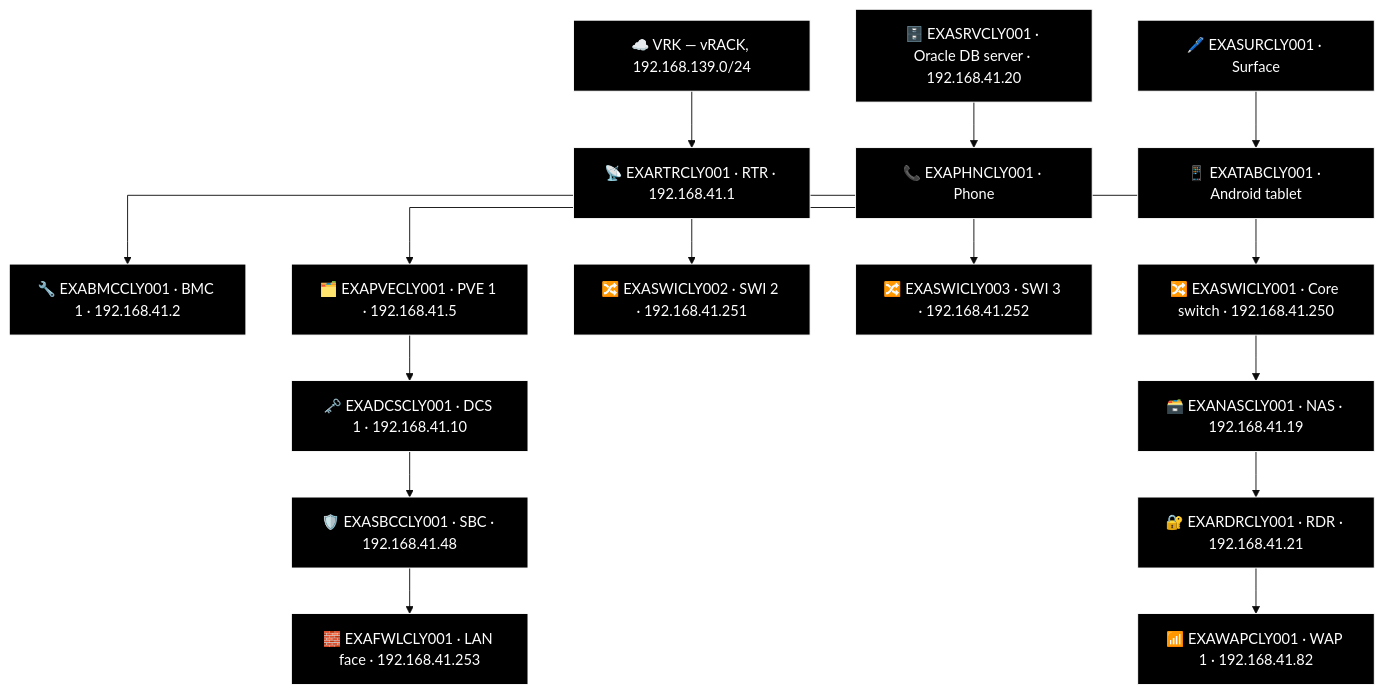
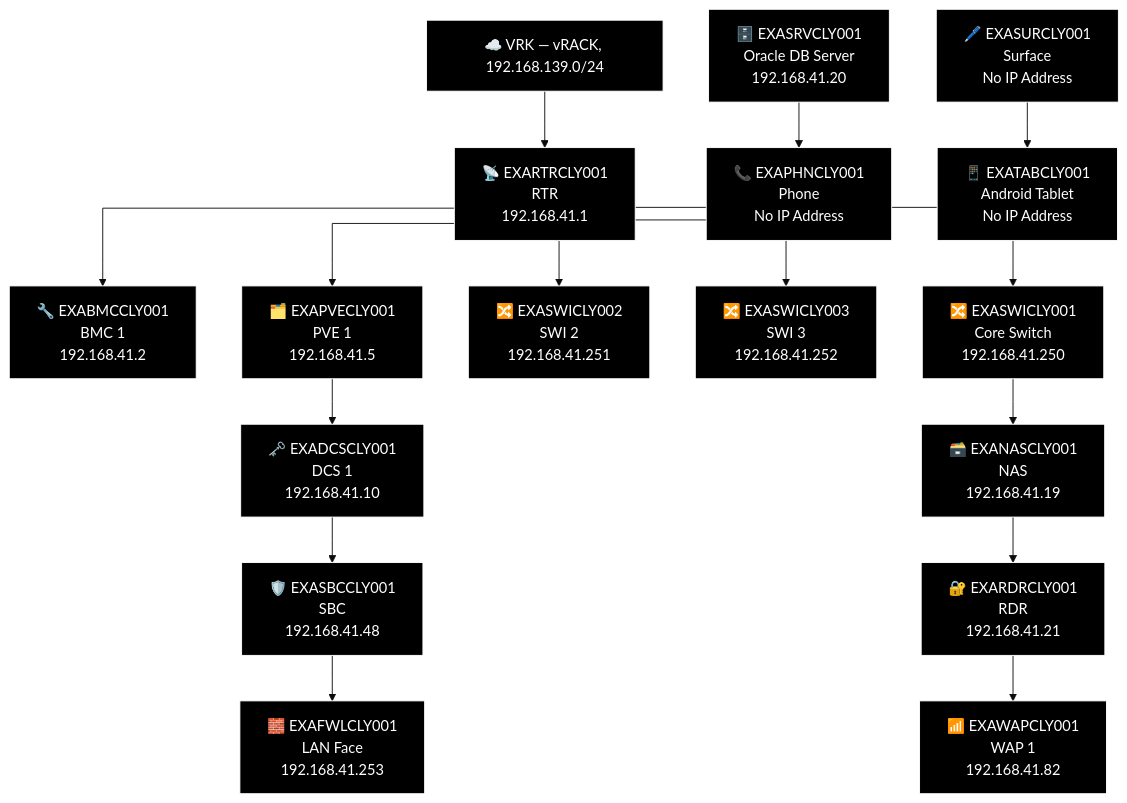
One commit to knightmare2600/example_music_infra changed the eighth of 14 diagrams in docs/network-diagram/scotland.md. Above: the diagram before and after it, drawn with Mermaid (base theme). The commit also changed other lines of this file and 18 other files, not shown here.

````diff
--- a/docs/network-diagram/scotland.md
+++ b/docs/network-diagram/scotland.md
@@ -418,50 +418,50 @@
 ```mermaid
 %% GENERATED:TOPOLOGY:CLY:START
 %%{init: {'flowchart': {'curve': 'stepAfter'}}}%%
 graph TD
     T_VRK["☁️ VRK — vRACK, 192.168.139.0/24"]
-    T_RTR["📡 EXARTRCLY001 · RTR · 192.168.41.1"]
+    T_RTR["📡 EXARTRCLY001<br/>RTR<br/>192.168.41.1"]
     T_VRK --> T_RTR
-    T_BMC["🔧 EXABMCCLY001 · BMC 1 · 192.168.41.2"]
+    T_BMC["🔧 EXABMCCLY001<br/>BMC 1<br/>192.168.41.2"]
     T_RTR --> T_BMC
-    T_PVE["🗂️ EXAPVECLY001 · PVE 1 · 192.168.41.5"]
+    T_PVE["🗂️ EXAPVECLY001<br/>PVE 1<br/>192.168.41.5"]
     T_RTR --> T_PVE
-    T_SWI["🔀 EXASWICLY002 · SWI 2 · 192.168.41.251"]
+    T_SWI["🔀 EXASWICLY002<br/>SWI 2<br/>192.168.41.251"]
     T_RTR --> T_SWI
-    T_SWI2["🔀 EXASWICLY003 · SWI 3 · 192.168.41.252"]
+    T_SWI2["🔀 EXASWICLY003<br/>SWI 3<br/>192.168.41.252"]
     T_RTR --> T_SWI2
-    T_SWI3["🔀 EXASWICLY001 · Core switch · 192.168.41.250"]
+    T_SWI3["🔀 EXASWICLY001<br/>Core Switch<br/>192.168.41.250"]
     T_RTR --> T_SWI3
-    T_NAS["🗃️ EXANASCLY001 · NAS · 192.168.41.19"]
-    T_RDR["🔐 EXARDRCLY001 · RDR · 192.168.41.21"]
-    T_WAP["📶 EXAWAPCLY001 · WAP 1 · 192.168.41.82"]
+    T_NAS["🗃️ EXANASCLY001<br/>NAS<br/>192.168.41.19"]
+    T_RDR["🔐 EXARDRCLY001<br/>RDR<br/>192.168.41.21"]
+    T_WAP["📶 EXAWAPCLY001<br/>WAP 1<br/>192.168.41.82"]
     T_SWI3 --> T_NAS --> T_RDR --> T_WAP
-    T_DCS["🗝️ EXADCSCLY001 · DCS 1 · 192.168.41.10"]
-    T_SBC["🛡️ EXASBCCLY001 · SBC · 192.168.41.48"]
-    T_FWL["🧱 EXAFWLCLY001 · LAN face · 192.168.41.253"]
+    T_DCS["🗝️ EXADCSCLY001<br/>DCS 1<br/>192.168.41.10"]
+    T_SBC["🛡️ EXASBCCLY001<br/>SBC<br/>192.168.41.48"]
+    T_FWL["🧱 EXAFWLCLY001<br/>LAN Face<br/>192.168.41.253"]
     T_PVE --> T_DCS --> T_SBC --> T_FWL
-    T_SRV["🗄️ EXASRVCLY001 · Oracle DB server · 192.168.41.20"]
-    T_SUR["🖊️ EXASURCLY001 · Surface"]
-    T_PHN["📞 EXAPHNCLY001 · Phone"]
-    T_TAB["📱 EXATABCLY001 · Android tablet"]
+    T_SRV["🗄️ EXASRVCLY001<br/>Oracle DB Server<br/>192.168.41.20"]
+    T_SUR["🖊️ EXASURCLY001<br/>Surface<br/>No IP Address"]
+    T_PHN["📞 EXAPHNCLY001<br/>Phone<br/>No IP Address"]
+    T_TAB["📱 EXATABCLY001<br/>Android Tablet<br/>No IP Address"]
     T_SRV --> T_PHN
     T_SUR --> T_TAB
     style T_VRK fill:#000000,stroke:#FFFFFF,color:#FFFFFF
     style T_RTR fill:#000000,stroke:#FFFFFF,color:#FFFFFF
     style T_BMC fill:#000000,stroke:#FFFFFF,color:#FFFFFF
     style T_PVE fill:#000000,stroke:#FFFFFF,color:#FFFFFF
     style T_SWI fill:#000000,stroke:#FFFFFF,color:#FFFFFF
     style T_SWI2 fill:#000000,stroke:#FFFFFF,color:#FFFFFF
     style T_SWI3 fill:#000000,stroke:#FFFFFF,color:#FFFFFF
     style T_NAS fill:#000000,stroke:#FFFFFF,color:#FFFFFF
     style T_RDR fill:#000000,stroke:#FFFFFF,color:#FFFFFF
     style T_WAP fill:#000000,stroke:#FFFFFF,color:#FFFFFF
     style T_DCS fill:#000000,stroke:#FFFFFF,color:#FFFFFF
     style T_SBC fill:#000000,stroke:#FFFFFF,color:#FFFFFF
     style T_FWL fill:#000000,stroke:#FFFFFF,color:#FFFFFF
     style T_SRV fill:#000000,stroke:#FFFFFF,color:#FFFFFF
     style T_SUR fill:#000000,stroke:#FFFFFF,color:#FFFFFF
     style T_PHN fill:#000000,stroke:#FFFFFF,color:#FFFFFF
     style T_TAB fill:#000000,stroke:#FFFFFF,color:#FFFFFF
 %% GENERATED:TOPOLOGY:CLY:END
 ```
````
